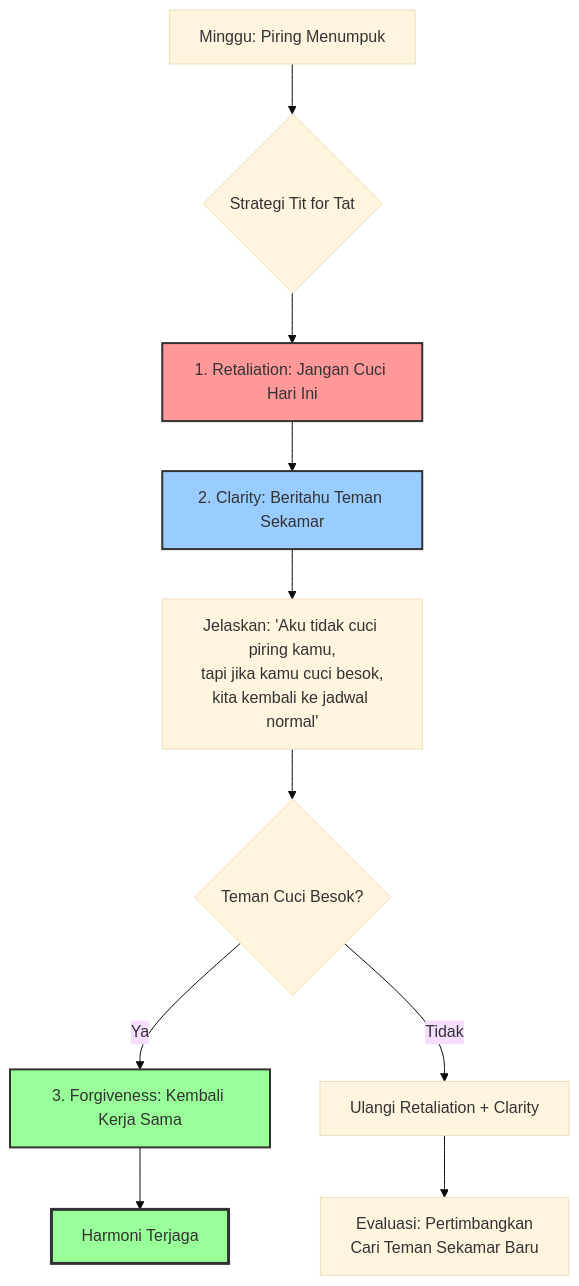
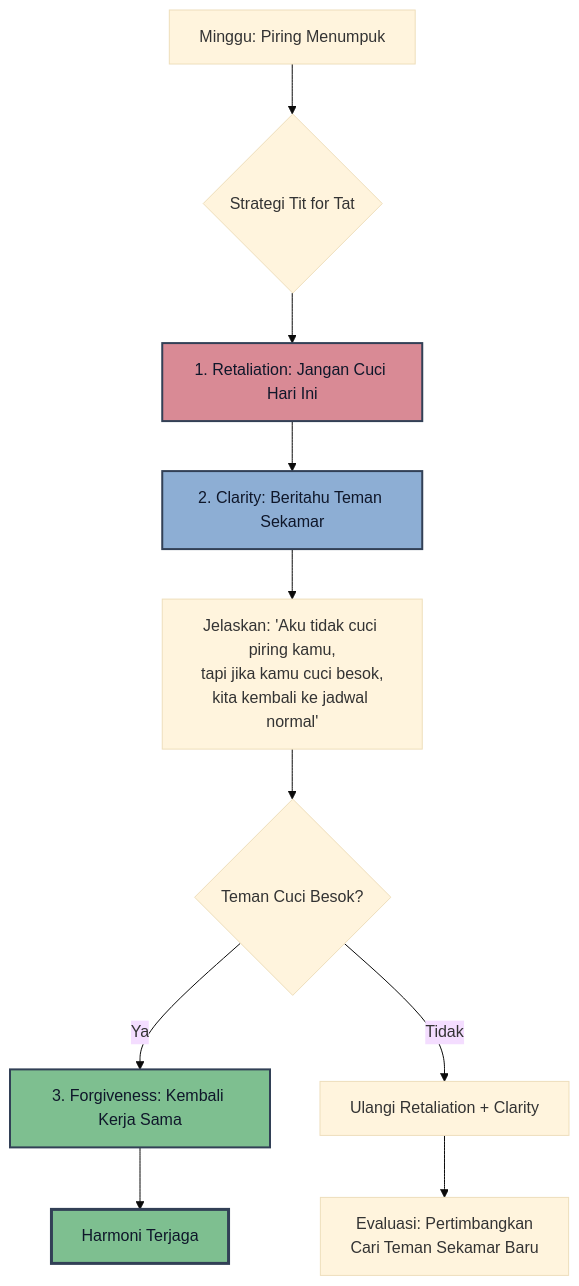
The eighth of 8 diagrams in src/content/writing/tit-for-tat-strategi-game-theory.mdx (dwirx/BangunAI-Blog), drawn with Mermaid (base theme) before and after one commit. The commit also changed other lines of this file and 1 other file, not shown here.

Commit message:
fix(mermaid): improve dark mode label contrast and node palette

````diff
--- a/src/content/writing/tit-for-tat-strategi-game-theory.mdx
+++ b/src/content/writing/tit-for-tat-strategi-game-theory.mdx
@@ -410,17 +410,17 @@
 ```mermaid
 graph TD
     A[Minggu: Piring Menumpuk] --> B{Strategi Tit for Tat}
     B --> C[1. Retaliation: Jangan Cuci Hari Ini]
     C --> D[2. Clarity: Beritahu Teman Sekamar]
     D --> E[Jelaskan: 'Aku tidak cuci piring kamu,<br/>tapi jika kamu cuci besok,<br/>kita kembali ke jadwal normal']
     E --> F{Teman Cuci Besok?}
     F -->|Ya| G[3. Forgiveness: Kembali Kerja Sama]
     F -->|Tidak| H[Ulangi Retaliation + Clarity]
     G --> I[Harmoni Terjaga]
     H --> J[Evaluasi: Pertimbangkan<br/>Cari Teman Sekamar Baru]
     
-    style C fill:#f99,stroke:#333,stroke-width:2px
-    style D fill:#9cf,stroke:#333,stroke-width:2px
-    style G fill:#9f9,stroke:#333,stroke-width:2px
-    style I fill:#9f9,stroke:#333,stroke-width:3px
+    style C fill:#d98a95,stroke:#324056,stroke-width:2px,color:#0f172a
+    style D fill:#8daed4,stroke:#324056,stroke-width:2px,color:#0f172a
+    style G fill:#7ebf90,stroke:#324056,stroke-width:2px,color:#0f172a
+    style I fill:#7ebf90,stroke:#324056,stroke-width:3px,color:#0f172a
 ```
````
